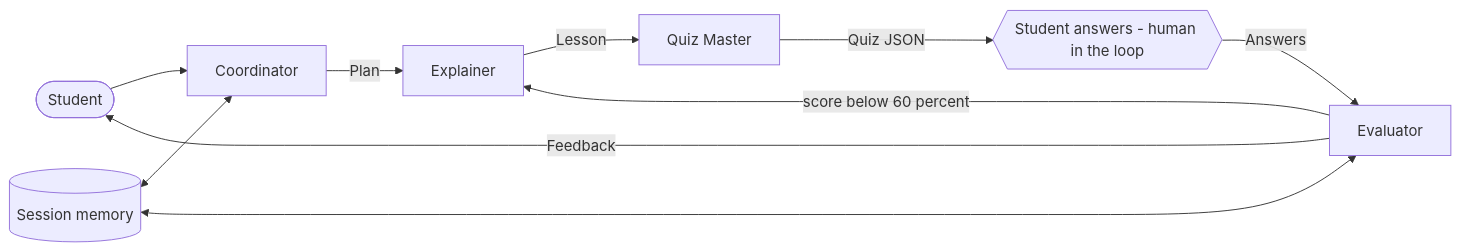
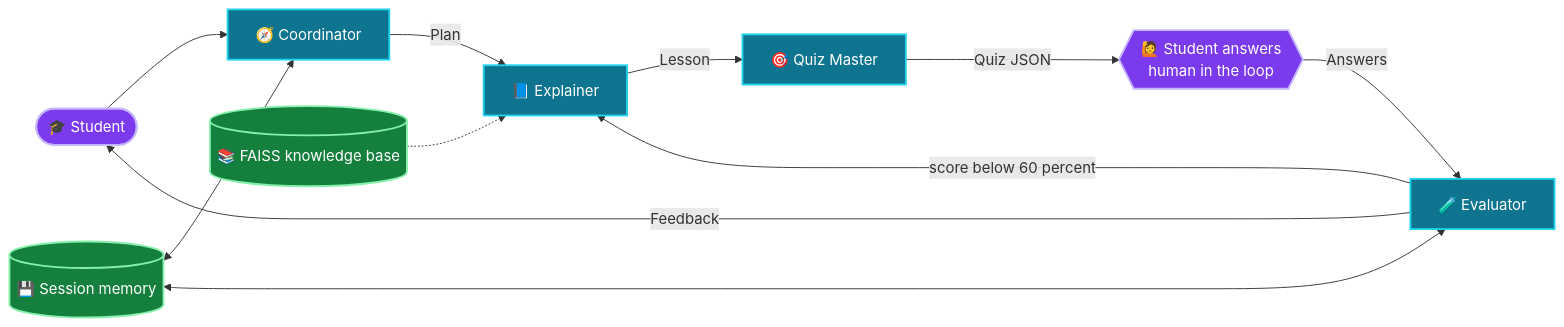
The diagram in README.md (farjanaferdausi-cs50ai/AI-Leo-Multi-Agent-Tutor), drawn with Mermaid before and after one commit. The commit also changed other lines of this file and 10 other files, not shown here.

````diff
--- a/README.md
+++ b/README.md
@@ -22,12 +58,19 @@
 ```mermaid
 flowchart LR
-    S([Student]) --> C[Coordinator]
-    C -- Plan --> E[Explainer]
-    E -- Lesson --> Q[Quiz Master]
-    Q -- Quiz JSON --> UI{{Student answers - human in the loop}}
-    UI -- Answers --> V[Evaluator]
+    S([🎓 Student]) --> C[🧭 Coordinator]
+    C -- Plan --> E[📘 Explainer]
+    E -- Lesson --> Q[🎯 Quiz Master]
+    Q -- Quiz JSON --> H{{🙋 Student answers<br/>human in the loop}}
+    H -- Answers --> V[🧪 Evaluator]
     V -- score below 60 percent --> E
     V -- Feedback --> S
-    M[(Session memory)] <--> C
+    M[(💾 Session memory)] <--> C
     M <--> V
+    K[(📚 FAISS knowledge base)] -.-> E
+    classDef agent fill:#0e7490,stroke:#22d3ee,stroke-width:2px,color:#fff
+    classDef human fill:#7c3aed,stroke:#c4b5fd,stroke-width:2px,color:#fff
+    classDef store fill:#15803d,stroke:#86efac,stroke-width:2px,color:#fff
+    class C,E,Q,V agent
+    class H,S human
+    class M,K store
 ```
````
